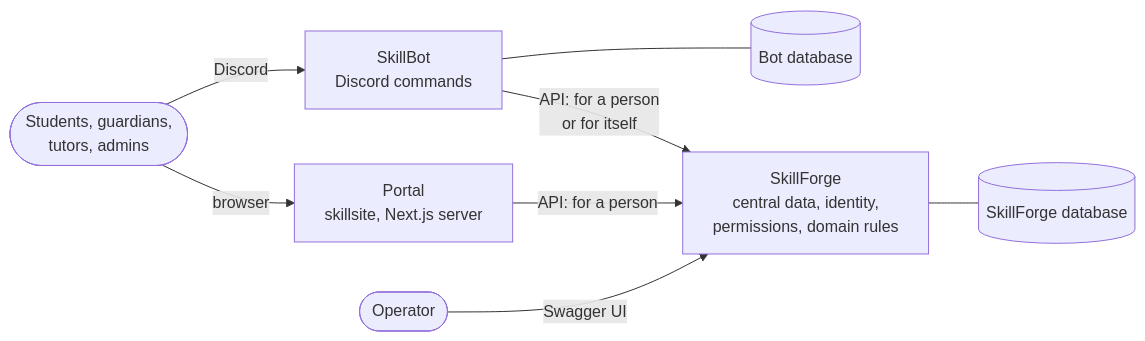
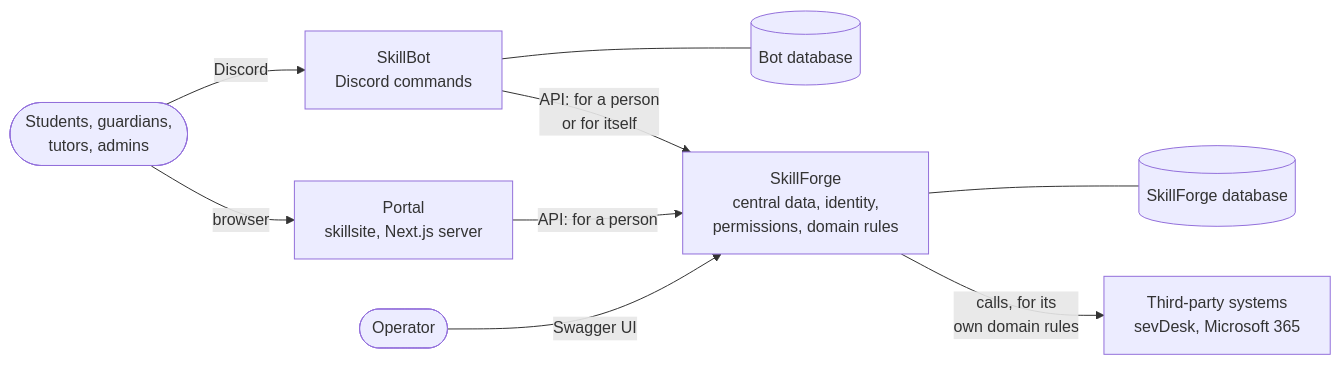
Before and after one commit to nachhilfe-leon-weimann/skillforge: the diagram in docs/PROJECT.md, drawn with Mermaid. The commit also changed other lines of this file and 3 other files, not shown here.

````diff
--- a/docs/PROJECT.md
+++ b/docs/PROJECT.md
@@ -19,18 +19,20 @@
 ```mermaid
 flowchart LR
     people([Students, guardians,<br/>tutors, admins])
     bot["SkillBot<br/>Discord commands"]
     botdb[(Bot database)]
     portal["Portal<br/>skillsite, Next.js server"]
     operator([Operator])
     skillforge["SkillForge<br/>central data, identity,<br/>permissions, domain rules"]
     skillforgedb[(SkillForge database)]
+    thirdparty["Third-party systems<br/>sevDesk, Microsoft 365"]
 
     people -- Discord --> bot
     people -- browser --> portal
     bot --- botdb
     bot -- "API: for a person<br/>or for itself" --> skillforge
     portal -- "API: for a person" --> skillforge
     operator -- Swagger UI --> skillforge
     skillforge --- skillforgedb
+    skillforge -- "calls, for its<br/>own domain rules" --> thirdparty
 ```
````
